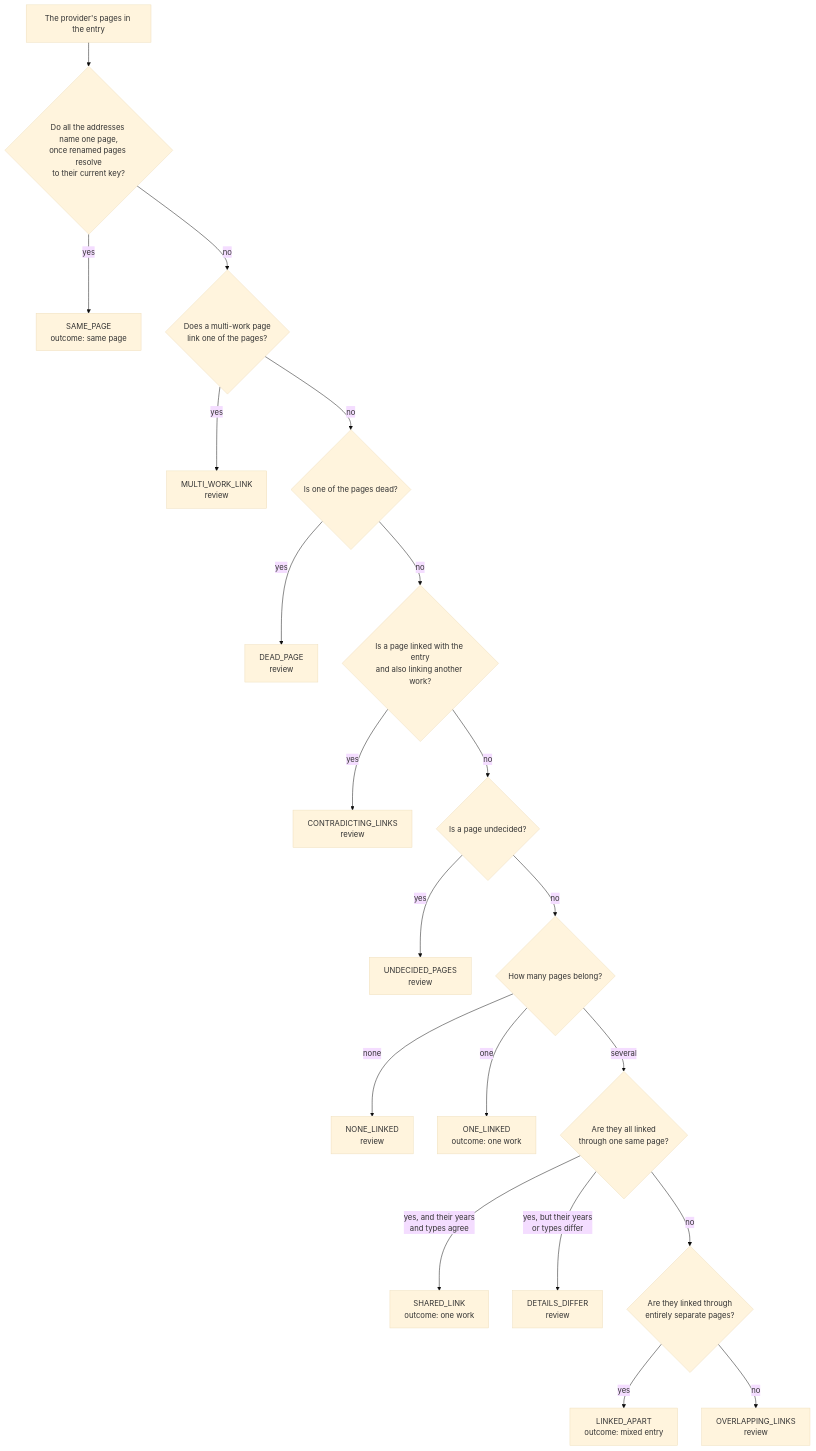
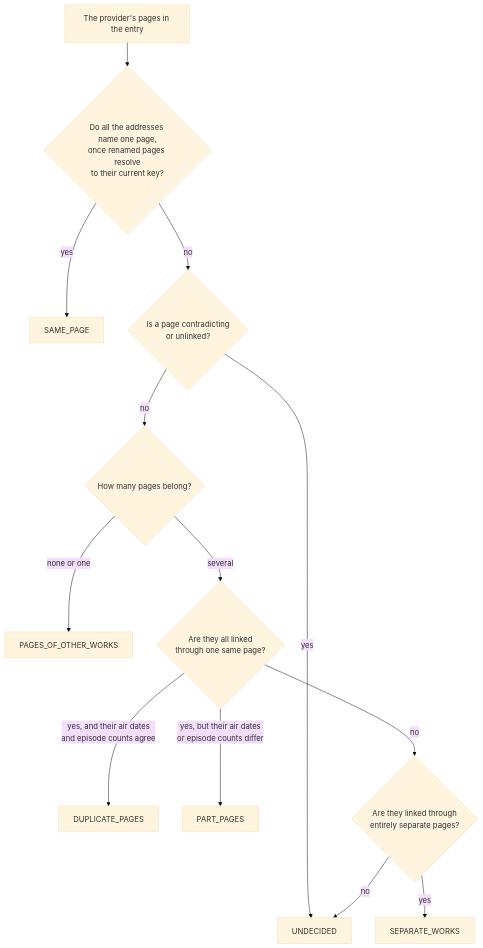
The second of 3 diagrams in libs/work_matching/README.md (adnanaq/echora), drawn with Mermaid (base theme) before and after one commit. The commit also changed other lines of this file and 62 other files, not shown here.

First line of the commit message:
feat(ECHO-71): Add linked provider pages that no seed entry holds to the entry linking them (#59)

````diff
--- a/libs/work_matching/README.md
+++ b/libs/work_matching/README.md
@@ -107,22 +123,15 @@
 ```mermaid
 flowchart TD
     start[The provider's pages in the entry] --> same{Do all the addresses name one page,<br/>once renamed pages resolve<br/>to their current key?}
-    same -- yes --> SAME_PAGE[SAME_PAGE<br/>outcome: same page]
-    same -- no --> multi{Does a multi-work page<br/>link one of the pages?}
-    multi -- yes --> MULTI_WORK_LINK[MULTI_WORK_LINK<br/>review]
-    multi -- no --> dead{Is one of the pages dead?}
-    dead -- yes --> DEAD_PAGE[DEAD_PAGE<br/>review]
-    dead -- no --> both{Is a page linked with the entry<br/>and also linking another work?}
-    both -- yes --> CONTRADICTING_LINKS[CONTRADICTING_LINKS<br/>review]
-    both -- no --> undecided{Is a page undecided?}
-    undecided -- yes --> UNDECIDED_PAGES[UNDECIDED_PAGES<br/>review]
-    undecided -- no --> count{How many pages belong?}
-    count -- none --> NONE_LINKED[NONE_LINKED<br/>review]
-    count -- one --> ONE_LINKED[ONE_LINKED<br/>outcome: one work]
+    same -- yes --> SAME_PAGE[SAME_PAGE]
+    same -- no --> unplaced{Is a page contradicting<br/>or unlinked?}
+    unplaced -- yes --> UNDECIDED[UNDECIDED]
+    unplaced -- no --> count{How many pages belong?}
+    count -- "none or one" --> PAGES_OF_OTHER_WORKS[PAGES_OF_OTHER_WORKS]
     count -- several --> shared{Are they all linked<br/>through one same page?}
-    shared -- "yes, and their years<br/>and types agree" --> SHARED_LINK[SHARED_LINK<br/>outcome: one work]
-    shared -- "yes, but their years<br/>or types differ" --> DETAILS_DIFFER[DETAILS_DIFFER<br/>review]
+    shared -- "yes, and their air dates<br/>and episode counts agree" --> DUPLICATE_PAGES[DUPLICATE_PAGES]
+    shared -- "yes, but their air dates<br/>or episode counts differ" --> PART_PAGES[PART_PAGES]
     shared -- no --> apart{Are they linked through<br/>entirely separate pages?}
-    apart -- yes --> LINKED_APART[LINKED_APART<br/>outcome: mixed entry]
-    apart -- no --> OVERLAPPING_LINKS[OVERLAPPING_LINKS<br/>review]
+    apart -- yes --> SEPARATE_WORKS[SEPARATE_WORKS]
+    apart -- no --> UNDECIDED
 ```
````
